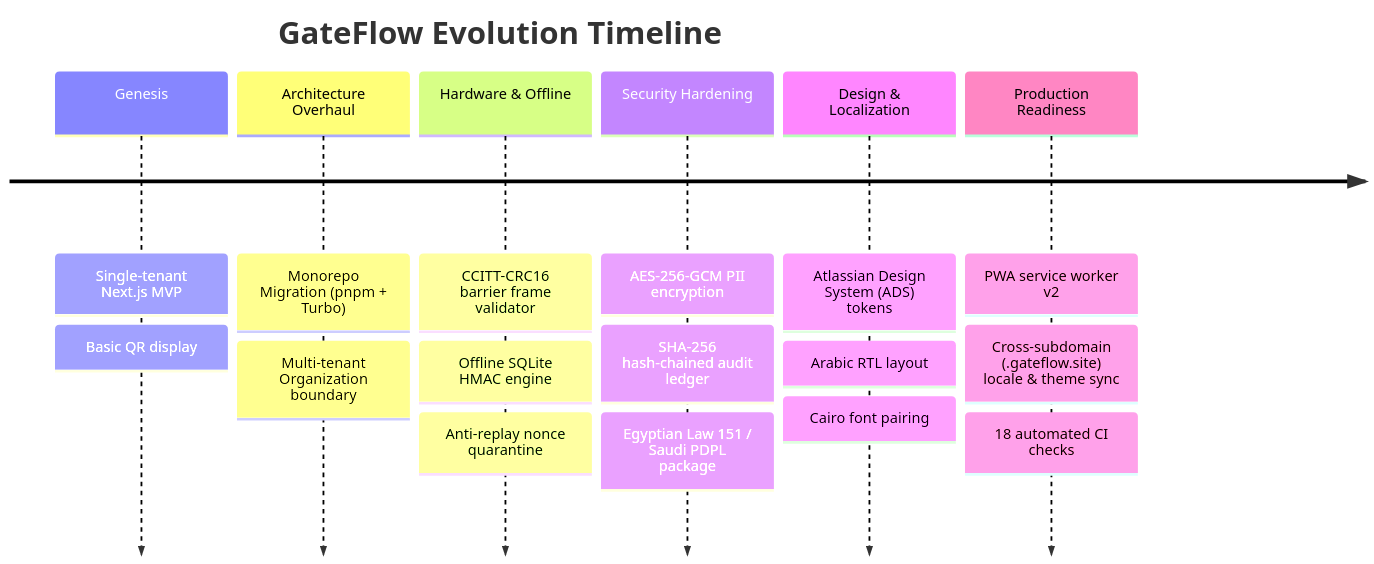
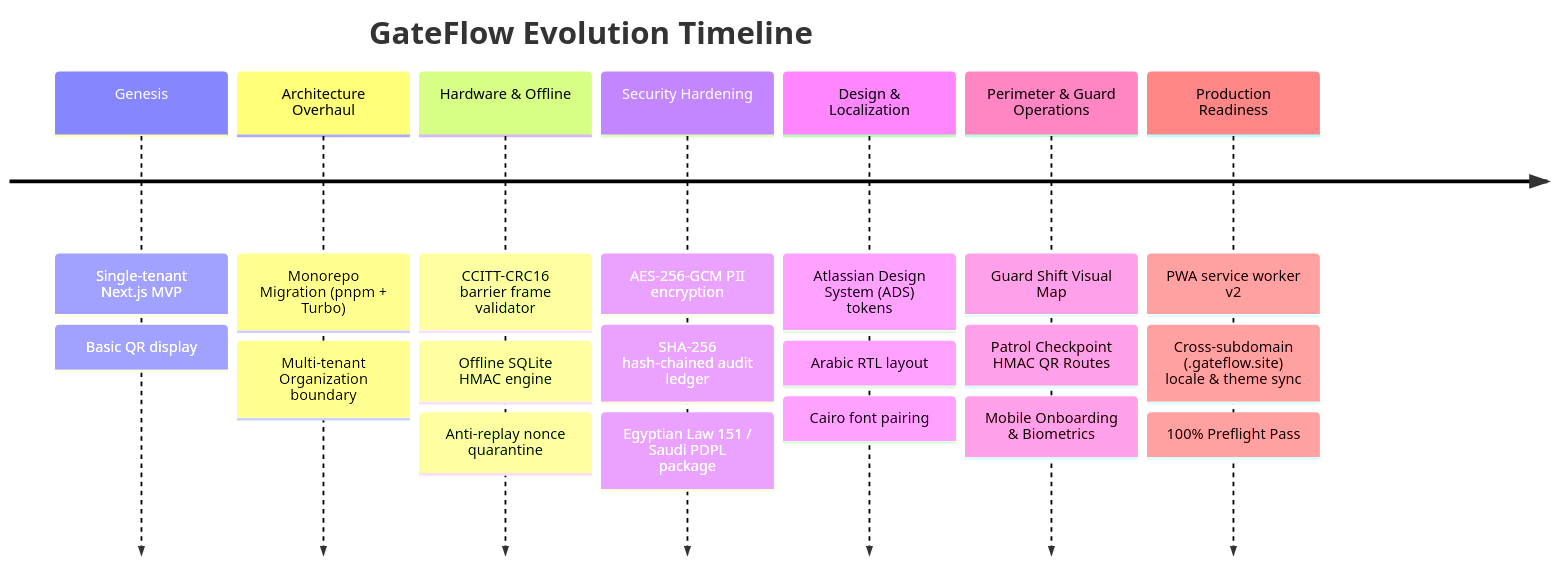
One commit to iDorgham/Gateflow changed the diagram in docs/notebooklm/NOTEBOOKLM_GATEFLOW_ULTIMATE_CONTEXT.md. Above: the diagram before and after it, drawn with Mermaid. The commit also changed other lines of this file and 19 other files, not shown here.

````diff
--- a/docs/notebooklm/NOTEBOOKLM_GATEFLOW_ULTIMATE_CONTEXT.md
+++ b/docs/notebooklm/NOTEBOOKLM_GATEFLOW_ULTIMATE_CONTEXT.md
@@ -26,10 +27,11 @@
 ```mermaid
 timeline
     title GateFlow Evolution Timeline
     Genesis : Single-tenant Next.js MVP : Basic QR display
     Architecture Overhaul : Monorepo Migration (pnpm + Turbo) : Multi-tenant Organization boundary
     Hardware & Offline : CCITT-CRC16 barrier frame validator : Offline SQLite HMAC engine : Anti-replay nonce quarantine
     Security Hardening : AES-256-GCM PII encryption : SHA-256 hash-chained audit ledger : Egyptian Law 151 / Saudi PDPL package
     Design & Localization : Atlassian Design System (ADS) tokens : Arabic RTL layout : Cairo font pairing
-    Production Readiness : PWA service worker v2 : Cross-subdomain (.gateflow.site) locale & theme sync : 18 automated CI checks
+    Perimeter & Guard Operations : Guard Shift Visual Map : Patrol Checkpoint HMAC QR Routes : Mobile Onboarding & Biometrics
+    Production Readiness : PWA service worker v2 : Cross-subdomain (.gateflow.site) locale & theme sync : 100% Preflight Pass
 ```
````
